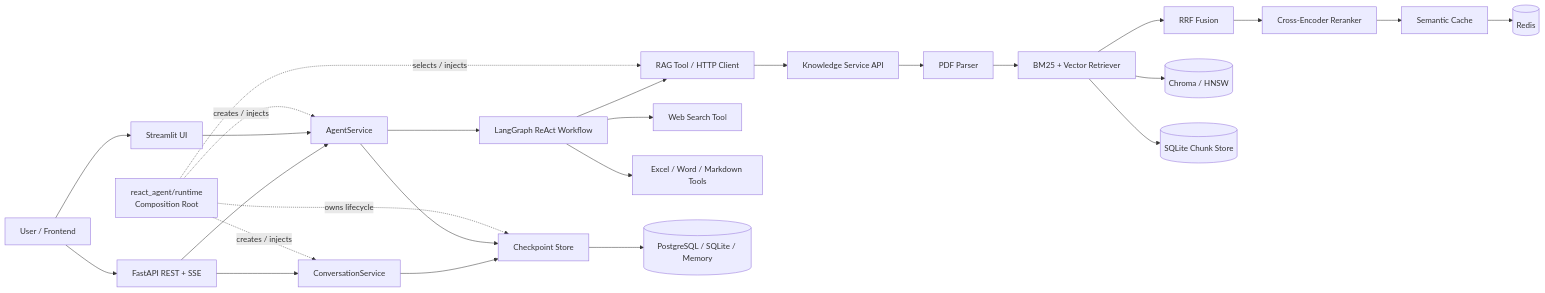
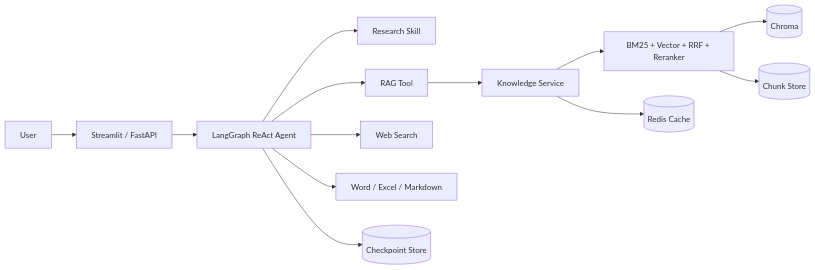
The diagram in README.md (lihaibohhh/New-RAG-Agent), drawn with Mermaid before and after one commit. The commit also changed other lines of this file and 11 other files, not shown here.

````diff
--- a/README.md
+++ b/README.md
@@ -59,33 +56,18 @@
 ```mermaid
 flowchart LR
-    U[User / Frontend] --> S[Streamlit UI]
-    U --> A[FastAPI REST + SSE]
+    U[User] --> UI[Streamlit / FastAPI]
+    UI --> A[LangGraph ReAct Agent]
 
-    RT[react_agent/runtime<br/>Composition Root] -. creates / injects .-> G
-    RT -. creates / injects .-> CS
-    RT -. selects / injects .-> T1
-    RT -. owns lifecycle .-> CP
+    A --> SK[Research Skill]
+    A --> RAG[RAG Tool]
+    A --> WEB[Web Search]
+    A --> OUT[Word / Excel / Markdown]
 
-    S --> G[AgentService]
-    A --> G
-    A --> CS[ConversationService]
+    RAG --> KS[Knowledge Service]
+    KS --> RET[BM25 + Vector + RRF + Reranker]
+    RET --> CH[(Chroma)]
+    RET --> CS[(Chunk Store)]
+    KS --> RC[(Redis Cache)]
 
-    G --> LG[LangGraph ReAct Workflow]
-    LG --> T1[RAG Tool / HTTP Client]
-    LG --> T2[Web Search Tool]
-    LG --> T3[Excel / Word / Markdown Tools]
-
-    T1 --> KS[Knowledge Service API]
-    KS --> P[PDF Parser]
-    P --> R[BM25 + Vector Retriever]
-    R --> RR[RRF Fusion]
-    RR --> CE[Cross-Encoder Reranker]
-    CE --> C[Semantic Cache]
-
-    G --> CP[Checkpoint Store]
-    CS --> CP
-    C --> Redis[(Redis)]
-    R --> Chroma[(Chroma / HNSW)]
-    R --> Chunk[(SQLite Chunk Store)]
-    CP --> DB[(PostgreSQL / SQLite / Memory)]
+    A --> CP[(Checkpoint Store)]
 ```
````
